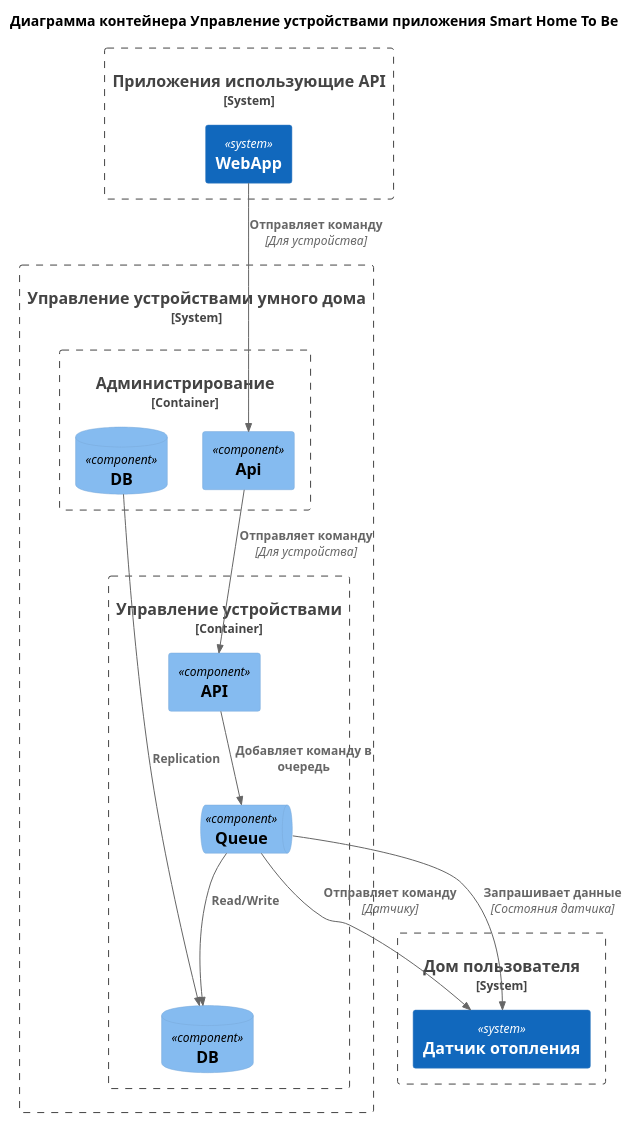
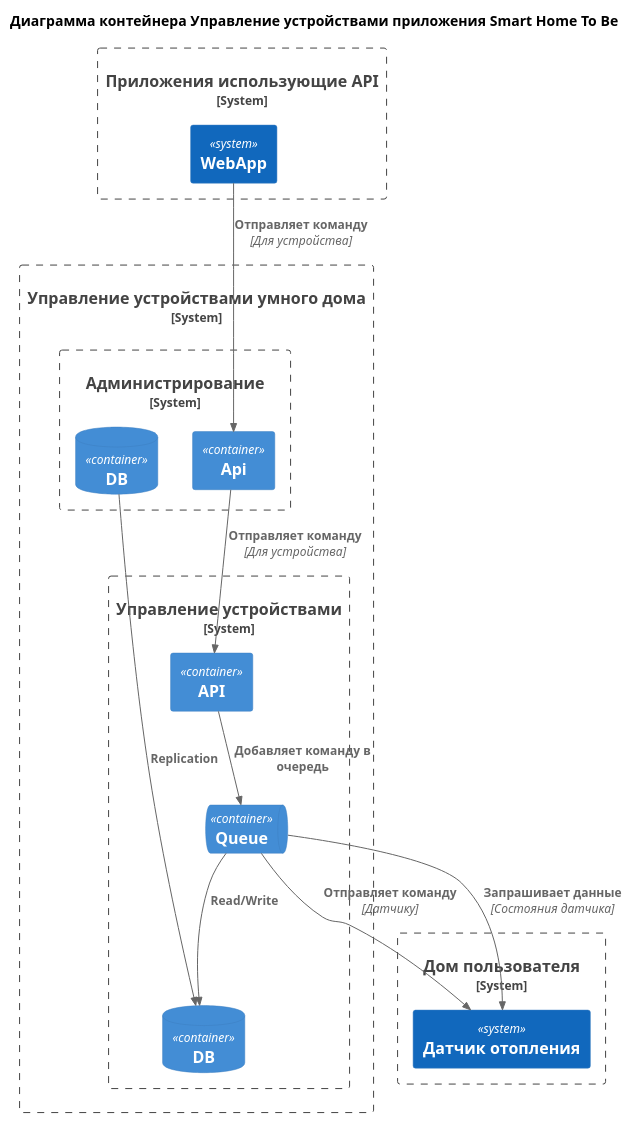
The diagram in docs/To Be Component Device Management.puml (bezdelnique/ydnx-arch-sprint1), drawn with PlantUML before and after one commit. The commit also changed 4 other files, not shown here.

Commit message:
To Be C4 diagrams

```diff
--- a/docs/To Be Component Device Management.puml
+++ b/docs/To Be Component Device Management.puml
@@ -1,45 +1,45 @@
 @startuml
 title "Диаграмма контейнера Управление устройствами приложения Smart Home To Be"
 
 top to bottom direction
 
 !include C4/C4_Component.puml
 
 System_Boundary(SmartHomeApp, "Приложения использующие API") {
     System(WebApp, "WebApp")
 }
 
 System_Boundary(UserHome, "Дом пользователя") {
     System(SensorHeating, "Датчик отопления")
 }
 
 
 System_Boundary(Domain, "Управление устройствами умного дома") {
-    Container_Boundary(SubdomainManageDevice, "Управление устройствами") {
-        Component(ManageDeviceApi, "API")
-        ComponentDb(ManageDeviceDb, "DB")
-        ComponentQueue(ManageDeviceQueue, "Queue")
+    System_Boundary(SubdomainManageDevice, "Управление устройствами") {
+        Container(ManageDeviceApi, "API")
+        ContainerDb(ManageDeviceDb, "DB")
+        ContainerQueue(ManageDeviceQueue, "Queue")
     }
 
-    Container_Boundary(SubdomainAdministration, "Администрирование") {
-        Component(AdministrationApi, "Api")
-        ComponentDb(AdministrationDb, "DB")
+    System_Boundary(SubdomainAdministration, "Администрирование") {
+        Container(AdministrationApi, "Api")
+        ContainerDb(AdministrationDb, "DB")
     }
 }
 
 
 
 Rel(AdministrationDb, ManageDeviceDb, "Replication")
 Rel(ManageDeviceQueue, ManageDeviceDb, "Read/Write")
 
 Rel(AdministrationApi, ManageDeviceApi, "Отправляет команду", "Для устройства")
 
 Rel(ManageDeviceApi, ManageDeviceQueue, "Добавляет команду в очередь")
 Rel(ManageDeviceQueue, SensorHeating, "Отправляет команду", "Датчику")
 Rel(ManageDeviceQueue, SensorHeating, "Запрашивает данные", "Состояния датчика")
 
 Rel(WebApp, AdministrationApi, "Отправляет команду", "Для устройства")
 
 
 
 @enduml
```
